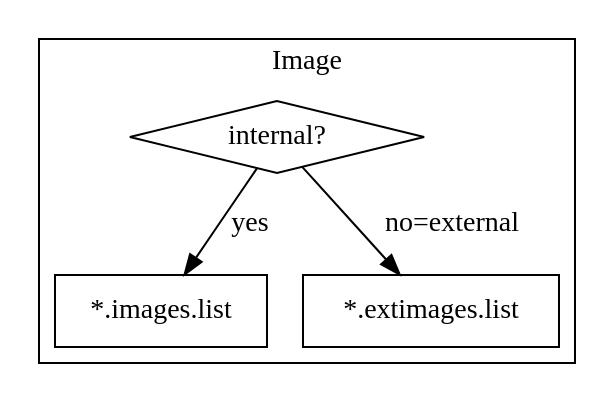
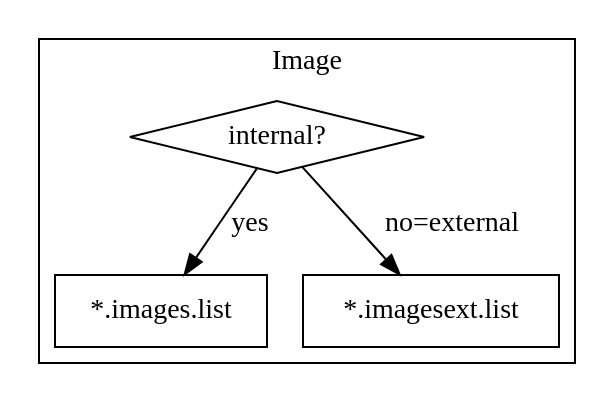
Before and after one commit to MicroEJ/docs: the diagram in ApplicationDeveloperGuide/UI/MicroUI/images.rst, drawn with Graphviz. The commit also changed 2 other files, not shown here.

Commit message:
fix images and fonts extension file

```diff
--- a/ApplicationDeveloperGuide/UI/MicroUI/images.rst
+++ b/ApplicationDeveloperGuide/UI/MicroUI/images.rst
@@ -22,13 +22,13 @@
 .. graphviz::
 
   digraph D {
   
       internalImage [shape=diamond, label="internal?"]
       imagesList [shape=box, label="*.images.list"]
-      imagesExt [shape=box, label="*.extimages.list"]
+      imagesExt [shape=box, label="*.imagesext.list"]
       subgraph cluster_image {
           label ="Image"
           internalImage -> imagesList [label="yes"]
           internalImage -> imagesExt [label="no=external"]
       }
   }
```
